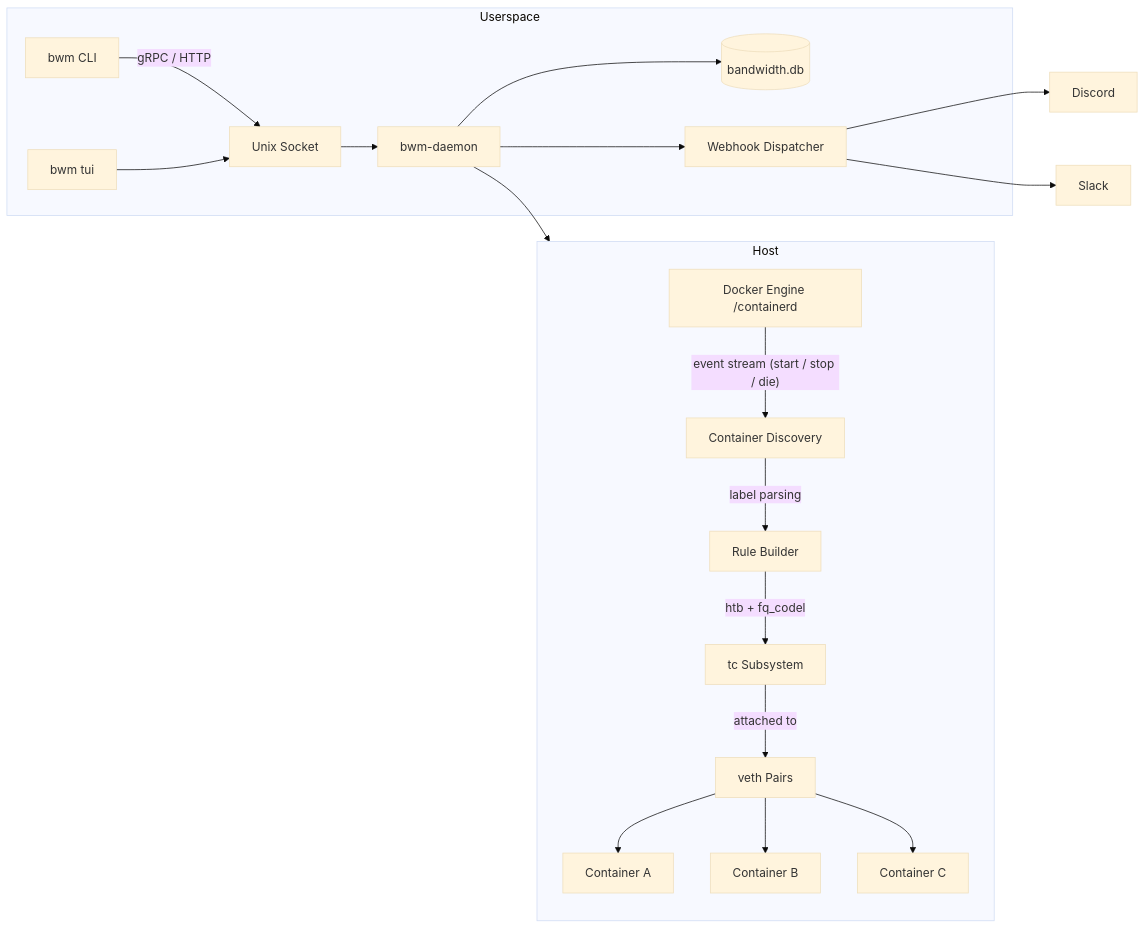
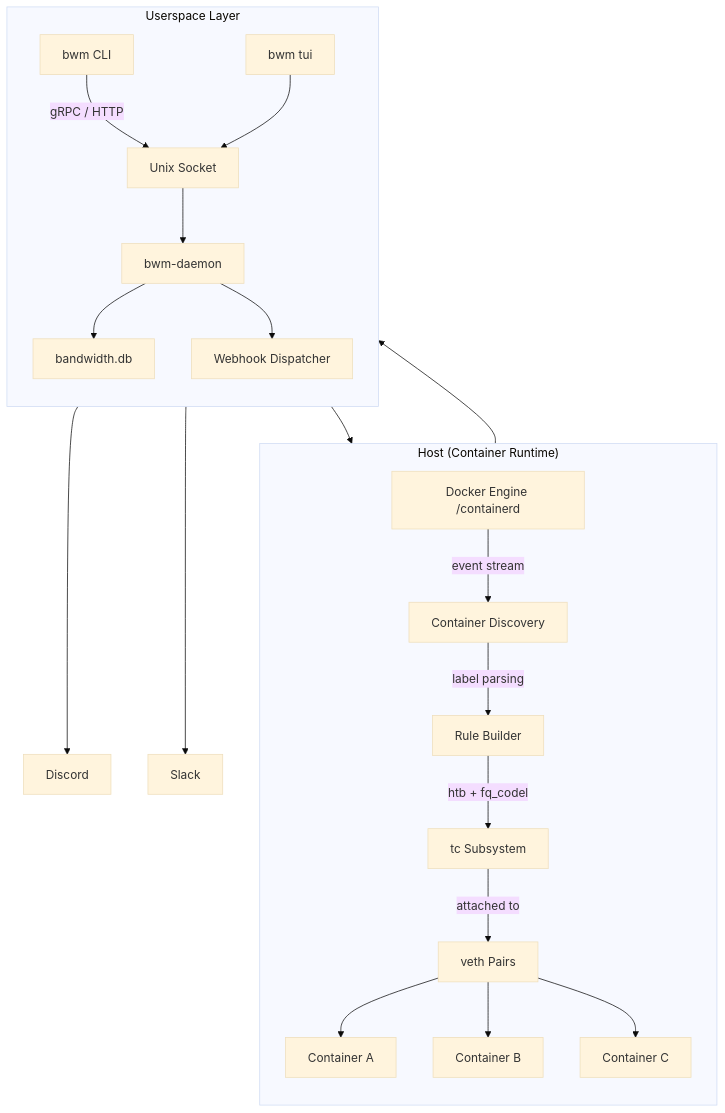
One commit to AnAverageBeing/pingless-studios-docs changed the diagram in docs/bandwidth-manager/index.md. Above: the diagram before and after it, drawn with Mermaid (base theme). The commit also changed 5 other files, not shown here.

Commit message:
docs: update OpenShield-XDP docs for final release - fix diagrams, add comparisons, polish landing page

````diff
--- a/docs/bandwidth-manager/index.md
+++ b/docs/bandwidth-manager/index.md
@@ -110,25 +110,28 @@
 ```mermaid
-flowchart LR
-    subgraph Host
+flowchart TD
+    subgraph Host["Host (Container Runtime)"]
         direction TB
-        DE[Docker Engine /containerd] -->|"event stream (start / stop / die)"| DISC[Container Discovery]
-        DISC -->|"label parsing"| RULES[Rule Builder]
-        RULES -->|"htb + fq_codel"| TC[tc Subsystem]
-        TC -->|"attached to"| VETH[veth Pairs]
-        VETH --> C1[Container A]
-        VETH --> C2[Container B]
-        VETH --> C3[Container C]
+        DE["Docker Engine /containerd"]
+        DE -->|"event stream"| DISC["Container Discovery"]
+        DISC -->|"label parsing"| RULES["Rule Builder"]
+        RULES -->|"htb + fq_codel"| TC["tc Subsystem"]
+        TC -->|"attached to"| VETH["veth Pairs"]
+        VETH --> C1["Container A"]
+        VETH --> C2["Container B"]
+        VETH --> C3["Container C"]
     end
 
-    subgraph Userspace
-        CLI[bwm CLI] -->|"gRPC / HTTP"| SOCKET[Unix Socket]
-        TUI[bwm tui] --> SOCKET
-        SOCKET --> DAEMON[bwm-daemon]
+    subgraph Userspace["Userspace Layer"]
+        direction TB
+        CLI["bwm CLI"] -->|"gRPC / HTTP"| SOCKET["Unix Socket"]
+        TUI["bwm tui"] --> SOCKET
+        SOCKET --> DAEMON["bwm-daemon"]
         DAEMON --> DE
-        DAEMON --> SQLITE[(bandwidth.db)]
-        DAEMON --> WEBHOOK[Webhook Dispatcher]
+        DAEMON --> SQLITE["bandwidth.db"]
+        DAEMON --> WEBHOOK["Webhook Dispatcher"]
     end
 
-    WEBHOOK --> DISCORD[Discord]
-    WEBHOOK --> SLACK[Slack]
+    Host --> Userspace
+    WEBHOOK --> DISCORD["Discord"]
+    WEBHOOK --> SLACK["Slack"]
 ```
````
